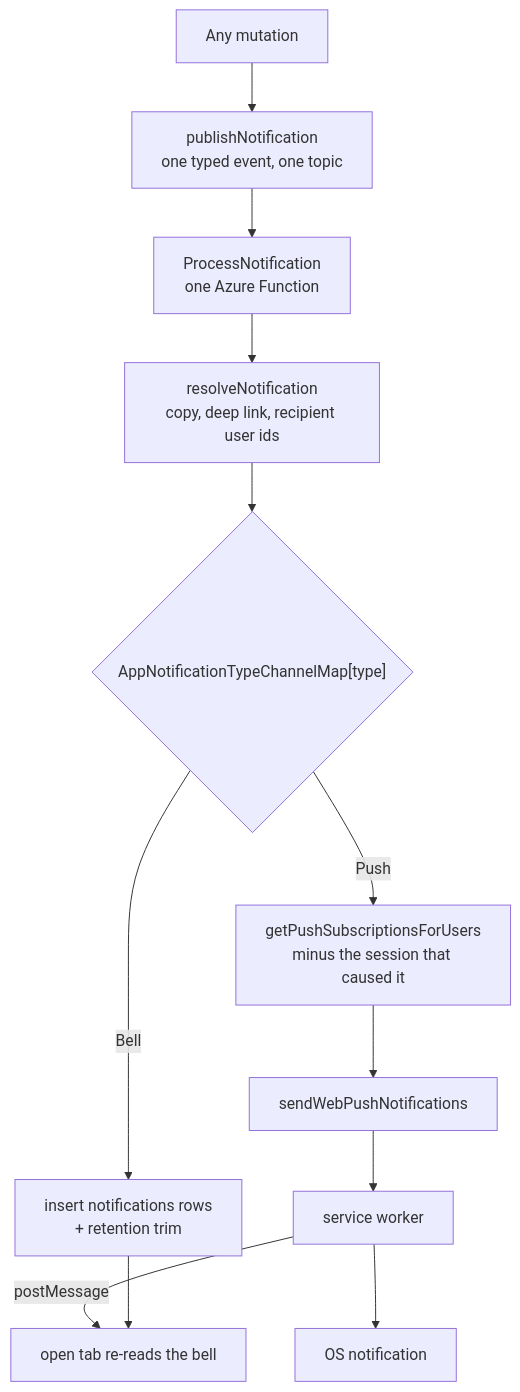
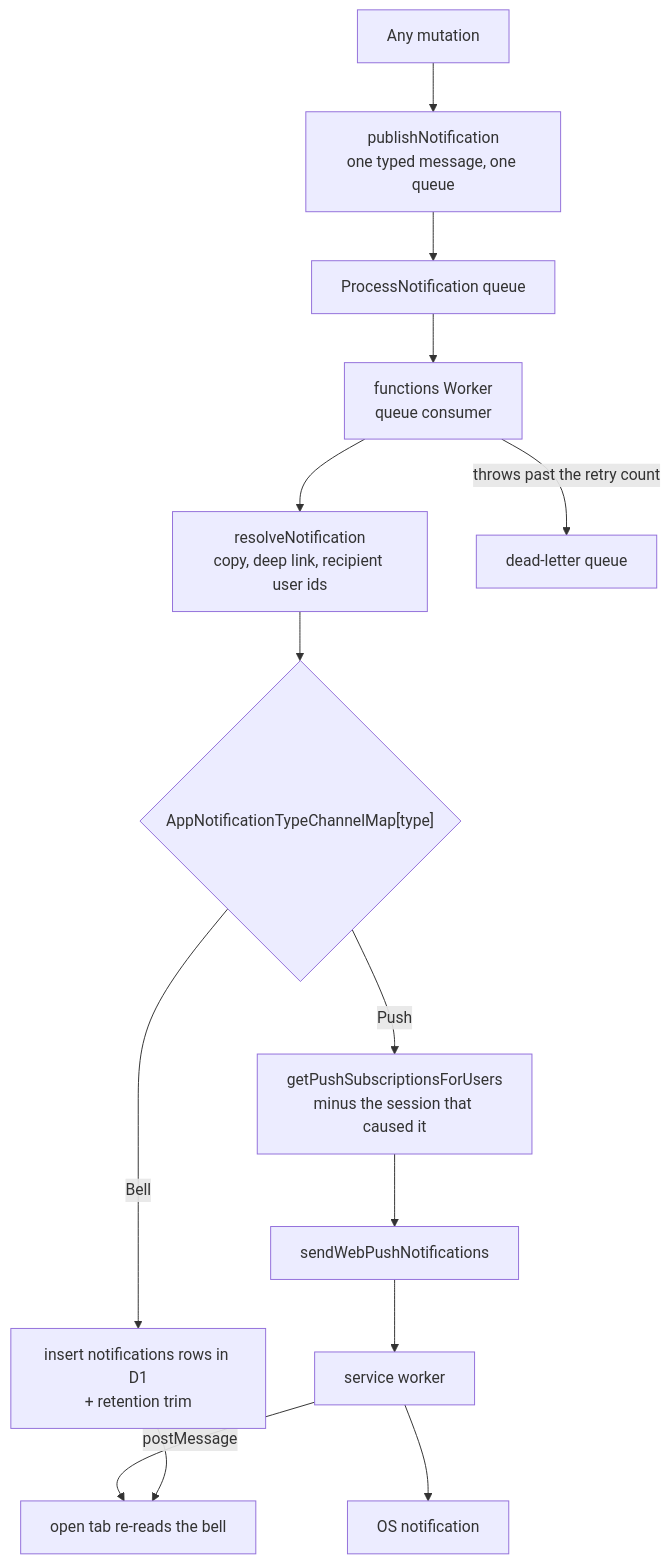
One commit to Esposter/Esposter changed the diagram in openspec/specs/architecture/notifications/design.md. Above: the diagram before and after it, drawn with Mermaid. The commit also changed other lines of this file and 3 other files, not shown here.

Commit message:
docs(openspec): notifications are one queue job on the functions Worker, bell rows in D1, failures dead-lettered by the queue

````diff
--- a/openspec/specs/architecture/notifications/design.md
+++ b/openspec/specs/architecture/notifications/design.md
@@ -9,14 +9,16 @@
 ```mermaid
 flowchart TD
-  SRC["Any mutation"] --> PUB["publishNotification<br/>one typed event, one topic"]
-  PUB --> FN["ProcessNotification<br/>one Azure Function"]
+  SRC["Any mutation"] --> PUB["publishNotification<br/>one typed message, one queue"]
+  PUB --> Q["ProcessNotification queue"]
+  Q --> FN["functions Worker<br/>queue consumer"]
   FN --> RES["resolveNotification<br/>copy, deep link, recipient user ids"]
   RES --> POL{"AppNotificationTypeChannelMap[type]"}
-  POL -->|Bell| ROW["insert notifications rows<br/>+ retention trim"]
+  POL -->|Bell| ROW["insert notifications rows in D1<br/>+ retention trim"]
   POL -->|Push| SUB["getPushSubscriptionsForUsers<br/>minus the session that caused it"]
   SUB --> WP["sendWebPushNotifications"]
   WP --> SW["service worker"]
   SW --> OS["OS notification"]
   SW -->|postMessage| TAB["open tab re-reads the bell"]
   ROW --> TAB
+  FN -->|"throws past the retry count"| DLQ["dead-letter queue"]
 ```
````
